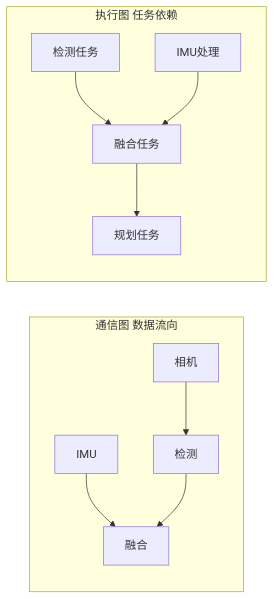
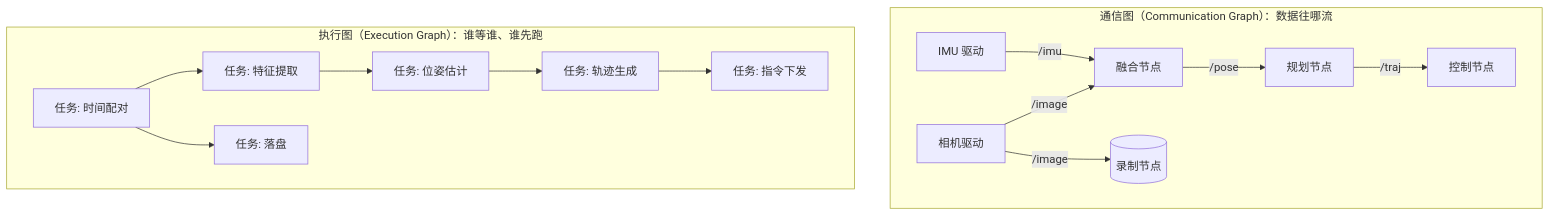
The first of 6 diagrams in docs/chapter7.md (cavemancave/mw-study), drawn with Mermaid before and after one commit. The commit also changed other lines of this file and 4 other files, not shown here.

````diff
--- a/docs/chapter7.md
+++ b/docs/chapter7.md
@@ -16,13 +148,19 @@
 ```mermaid
-flowchart LR
-    subgraph 通信图 数据流向
-        CAM[相机] --> DET[检测]
-        IMU[IMU] --> FUSE[融合]
-        DET --> FUSE
+flowchart TB
+    subgraph 通信图["通信图（Communication Graph）：数据往哪流"]
+        direction LR
+        CAM[相机驱动] -->|/image| SYNC1[融合节点]
+        IMU[IMU 驱动] -->|/imu| SYNC1
+        SYNC1 -->|/pose| PLAN1[规划节点]
+        PLAN1 -->|/traj| CTRL1[控制节点]
+        CAM -->|/image| REC1[(录制节点)]
     end
-    subgraph 执行图 任务依赖
-        T1[检测任务] --> T3[融合任务]
-        T2[IMU处理] --> T3
-        T3 --> T4[规划任务]
+    subgraph 执行图["执行图（Execution Graph）：谁等谁、谁先跑"]
+        direction LR
+        T1[任务: 时间配对] --> T2[任务: 特征提取]
+        T2 --> T3[任务: 位姿估计]
+        T3 --> T4[任务: 轨迹生成]
+        T4 --> T5[任务: 指令下发]
+        T1 --> T6[任务: 落盘]
     end
 ```
````
